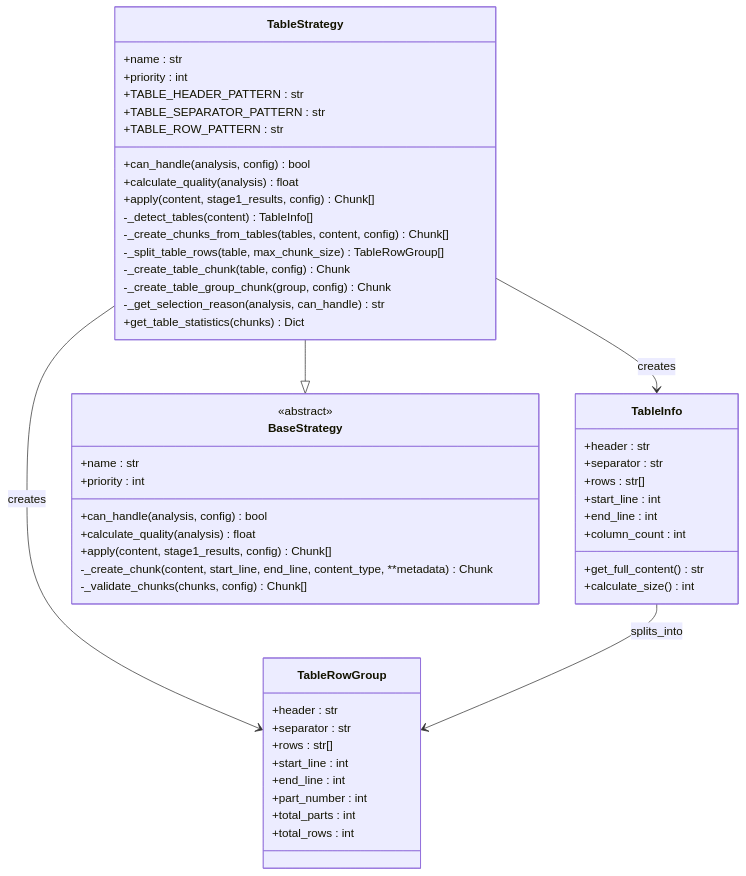
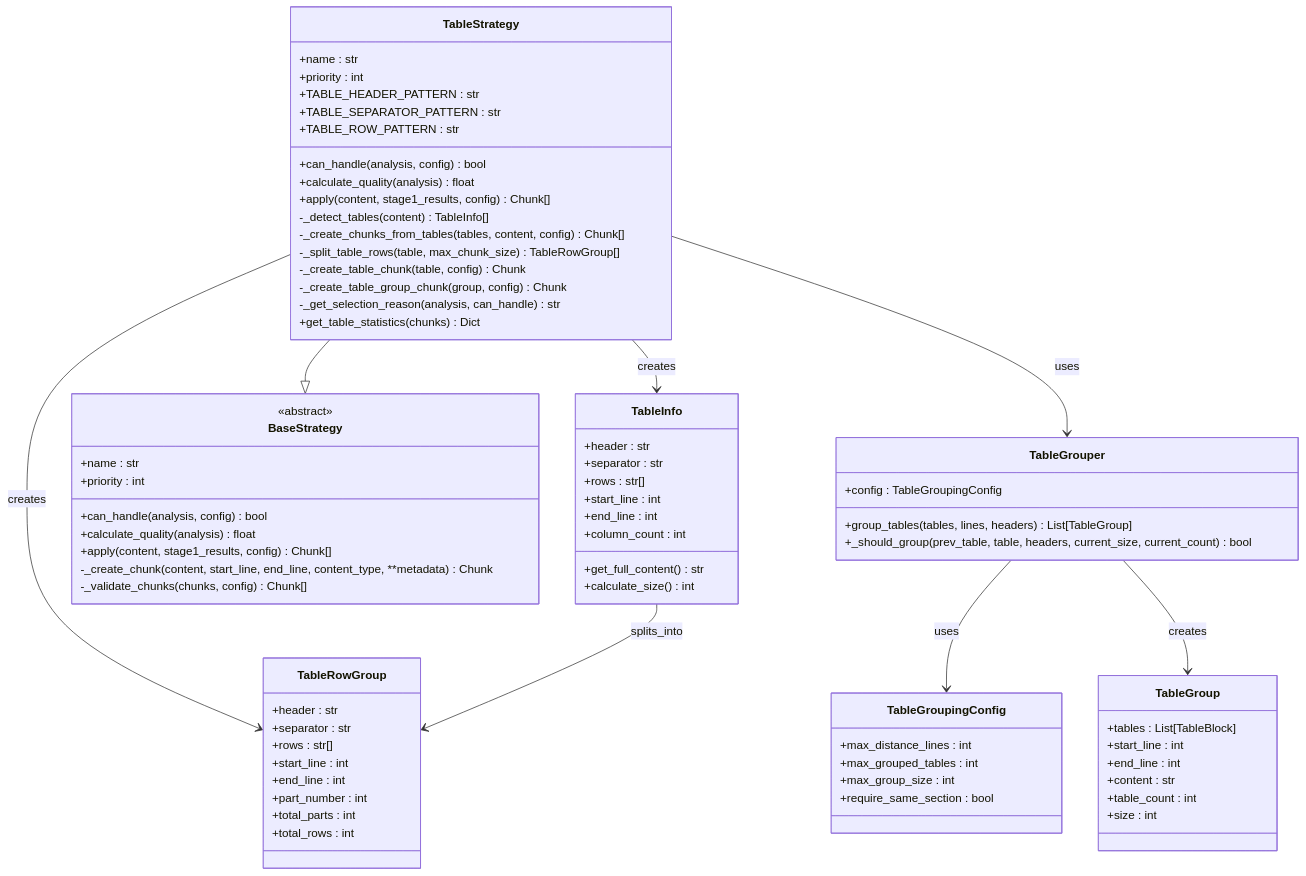
One commit to asukhodko/dify-markdown-chunker changed the second of 7 diagrams in .qoder/repowiki/en/content/Chunking Strategies/Table Strategy.md. Above: the diagram before and after it, drawn with Mermaid. The commit also changed other lines of this file and 4 other files, not shown here.

First line of the commit message:
feat(table-grouping): add configurable table grouping feature

````diff
--- a/.qoder/repowiki/en/content/Chunking Strategies/Table Strategy.md
+++ b/.qoder/repowiki/en/content/Chunking Strategies/Table Strategy.md
@@ -90,54 +105,76 @@
 ```mermaid
 classDiagram
 class TableStrategy {
 +name : str
 +priority : int
 +TABLE_HEADER_PATTERN : str
 +TABLE_SEPARATOR_PATTERN : str
 +TABLE_ROW_PATTERN : str
 +can_handle(analysis, config) bool
 +calculate_quality(analysis) float
 +apply(content, stage1_results, config) Chunk[]
 -_detect_tables(content) TableInfo[]
 -_create_chunks_from_tables(tables, content, config) Chunk[]
 -_split_table_rows(table, max_chunk_size) TableRowGroup[]
 -_create_table_chunk(table, config) Chunk
 -_create_table_group_chunk(group, config) Chunk
 -_get_selection_reason(analysis, can_handle) str
 +get_table_statistics(chunks) Dict
 }
 class TableInfo {
 +header : str
 +separator : str
 +rows : str[]
 +start_line : int
 +end_line : int
 +column_count : int
 +get_full_content() str
 +calculate_size() int
 }
 class TableRowGroup {
 +header : str
 +separator : str
 +rows : str[]
 +start_line : int
 +end_line : int
 +part_number : int
 +total_parts : int
 +total_rows : int
 }
 class BaseStrategy {
 <<abstract>>
 +name : str
 +priority : int
 +can_handle(analysis, config) bool
 +calculate_quality(analysis) float
 +apply(content, stage1_results, config) Chunk[]
 -_create_chunk(content, start_line, end_line, content_type, **metadata) Chunk
 -_validate_chunks(chunks, config) Chunk[]
 }
+class TableGrouper {
++config : TableGroupingConfig
++group_tables(tables, lines, headers) List[TableGroup]
++_should_group(prev_table, table, headers, current_size, current_count) bool
+}
+class TableGroupingConfig {
++max_distance_lines : int
++max_grouped_tables : int
++max_group_size : int
++require_same_section : bool
+}
+class TableGroup {
++tables : List[TableBlock]
++start_line : int
++end_line : int
++content : str
++table_count : int
++size : int
+}
 TableStrategy --|> BaseStrategy
 TableStrategy --> TableInfo : creates
 TableStrategy --> TableRowGroup : creates
 TableInfo --> TableRowGroup : splits_into
+TableStrategy --> TableGrouper : uses
+TableGrouper --> TableGroupingConfig : uses
+TableGrouper --> TableGroup : creates
 ```
````
